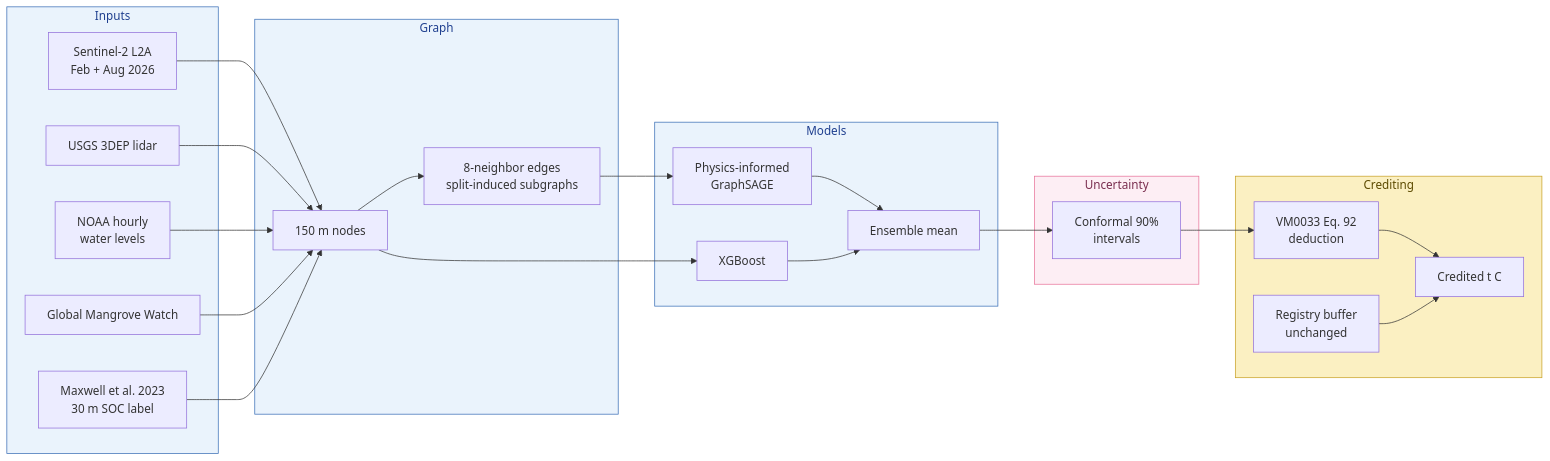
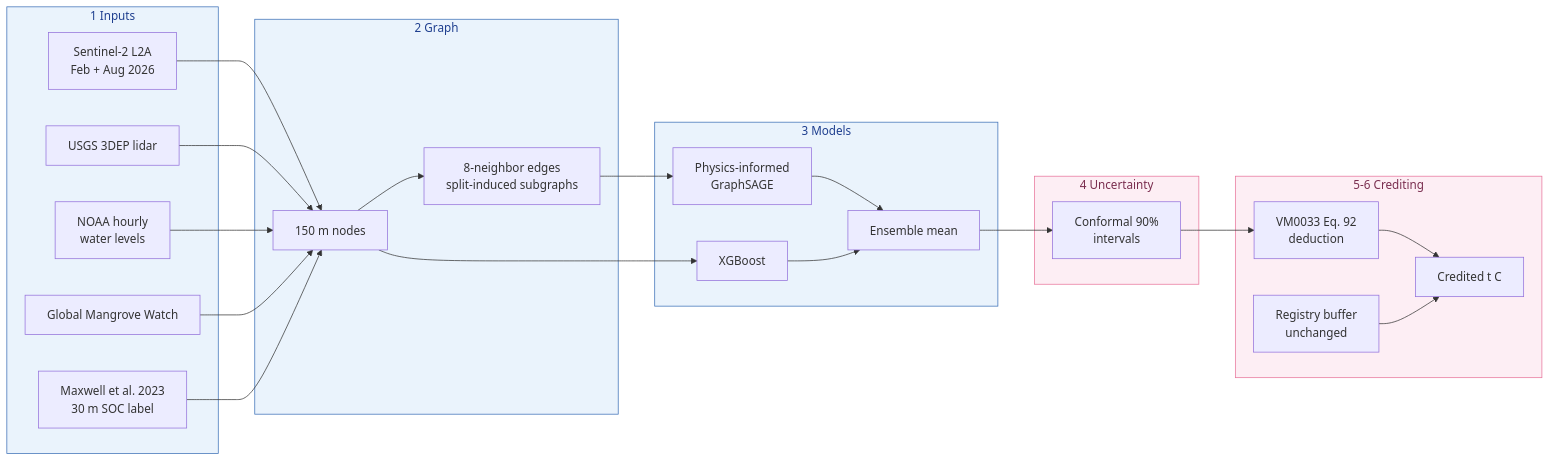
The first of 2 diagrams in README.md (Nahla-Nabil/PIGNN-UQ), drawn with Mermaid before and after one commit. The commit also changed other lines of this file, not shown here.

Commit message:
README: reorganized sections, paper files, confidence intervals, field uncertainty, limits of the results

````diff
--- a/README.md
+++ b/README.md
@@ -84,41 +95,41 @@
 ```mermaid
 flowchart LR
-    subgraph IN["Inputs"]
+    subgraph IN["1 Inputs"]
         S2[Sentinel-2 L2A<br/>Feb + Aug 2026]
         DEM[USGS 3DEP lidar]
         TIDE[NOAA hourly<br/>water levels]
         SOC[Maxwell et al. 2023<br/>30 m SOC label]
         GMW[Global Mangrove Watch]
     end
-    subgraph GR["Graph"]
+    subgraph GR["2 Graph"]
         N[150 m nodes]
         E[8-neighbor edges<br/>split-induced subgraphs]
     end
-    subgraph MO["Models"]
+    subgraph MO["3 Models"]
         GNN[Physics-informed<br/>GraphSAGE]
         XGB[XGBoost]
         ENS[Ensemble mean]
     end
-    subgraph UQ["Uncertainty"]
+    subgraph UQ["4 Uncertainty"]
         CQR[Conformal 90%<br/>intervals]
     end
-    subgraph CR["Crediting"]
+    subgraph CR["5-6 Crediting"]
         VM[VM0033 Eq. 92<br/>deduction]
         BUF[Registry buffer<br/>unchanged]
         OUT[Credited t C]
     end
     S2 --> N
     DEM --> N
     TIDE --> N
     GMW --> N
     SOC --> N
     N --> E --> GNN --> ENS
     N --> XGB --> ENS
     ENS --> CQR --> VM --> OUT
     BUF --> OUT
     style IN fill:#EAF3FC,stroke:#3B6FB6,color:#1F3F8F
     style GR fill:#EAF3FC,stroke:#3B6FB6,color:#1F3F8F
     style MO fill:#EAF3FC,stroke:#3B6FB6,color:#1F3F8F
     style UQ fill:#FDEEF4,stroke:#E8749A,color:#7A2E4F
-    style CR fill:#FBF0C2,stroke:#C9A227,color:#5C4A00
+    style CR fill:#FDEEF4,stroke:#E8749A,color:#7A2E4F
 ```
````
